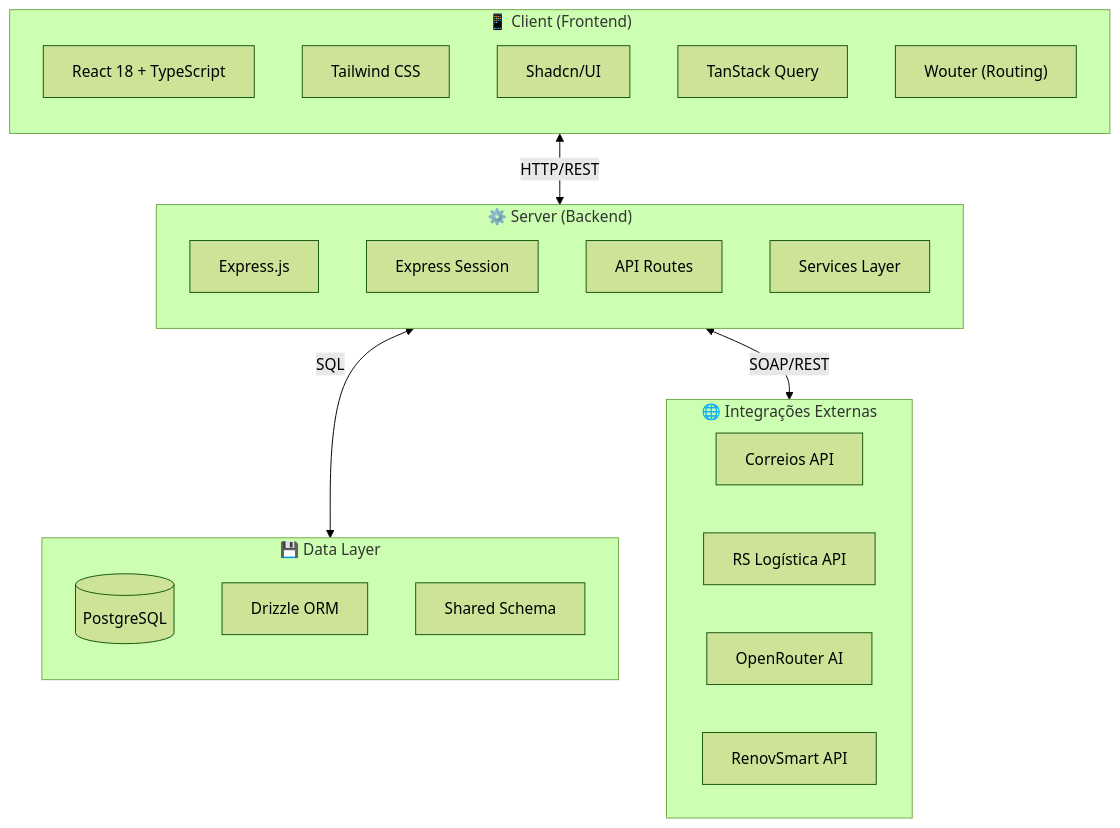
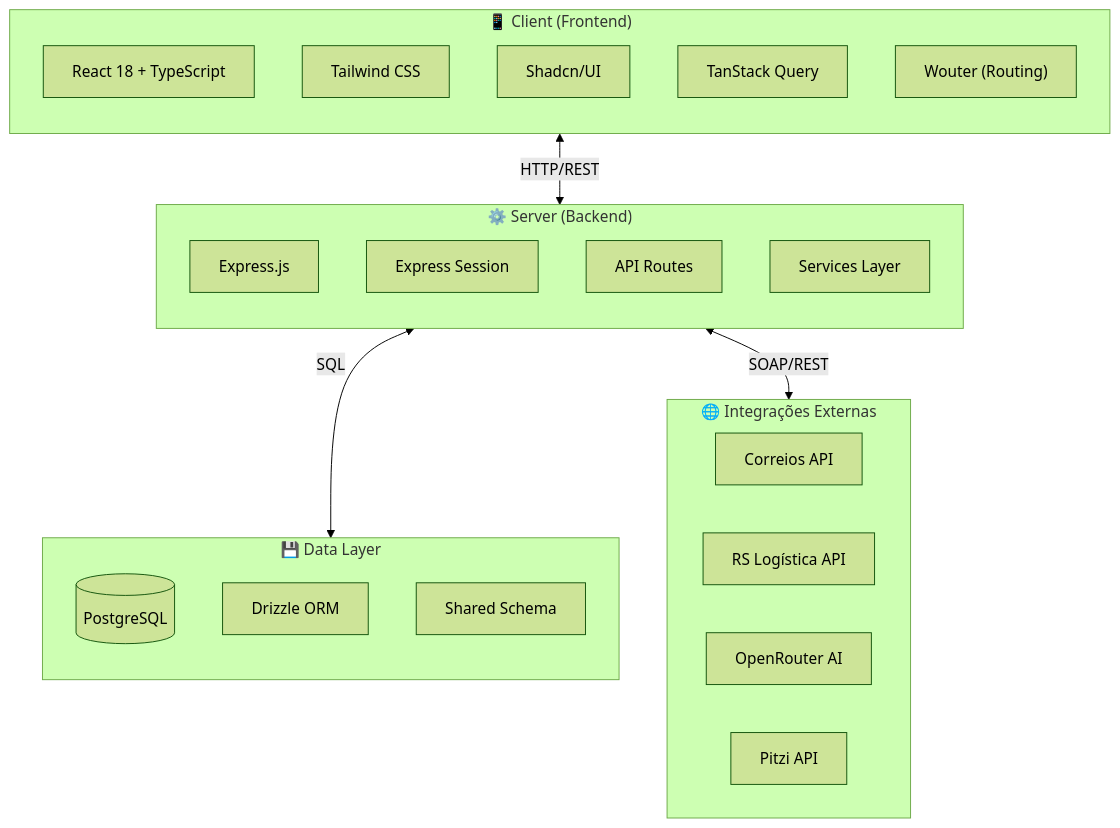
One commit to rdoratioto-pitzi/pitzi-home-chamado changed the first of 5 diagrams in docs/archive/DOCUMENTACAO_COMPLETA.md. Above: the diagram before and after it, drawn with Mermaid (forest theme). The commit also changed other lines of this file and 165 other files, not shown here.

First line of the commit message:
chore: renomeia Renov/RenovSmart para Pitzi

````diff
--- a/docs/archive/DOCUMENTACAO_COMPLETA.md
+++ b/docs/archive/DOCUMENTACAO_COMPLETA.md
@@ -48,37 +48,37 @@
 ```mermaid
 flowchart TB
     subgraph Client["📱 Client (Frontend)"]
         direction TB
         React["React 18 + TypeScript"]
         Tailwind["Tailwind CSS"]
         Shadcn["Shadcn/UI"]
         TanStack["TanStack Query"]
         Wouter["Wouter (Routing)"]
     end
 
     subgraph Server["⚙️ Server (Backend)"]
         direction TB
         Express["Express.js"]
         Session["Express Session"]
         Routes["API Routes"]
         Services["Services Layer"]
     end
 
     subgraph Data["💾 Data Layer"]
         direction TB
         PostgreSQL[("PostgreSQL")]
         Drizzle["Drizzle ORM"]
         Schema["Shared Schema"]
     end
 
     subgraph External["🌐 Integrações Externas"]
         Correios["Correios API"]
         RSLogistica["RS Logística API"]
         OpenRouter["OpenRouter AI"]
-        RenovSmart["RenovSmart API"]
+        Pitzi["Pitzi API"]
     end
 
     Client <-->|"HTTP/REST"| Server
     Server <-->|"SQL"| Data
     Server <-->|"SOAP/REST"| External
 ```
````
